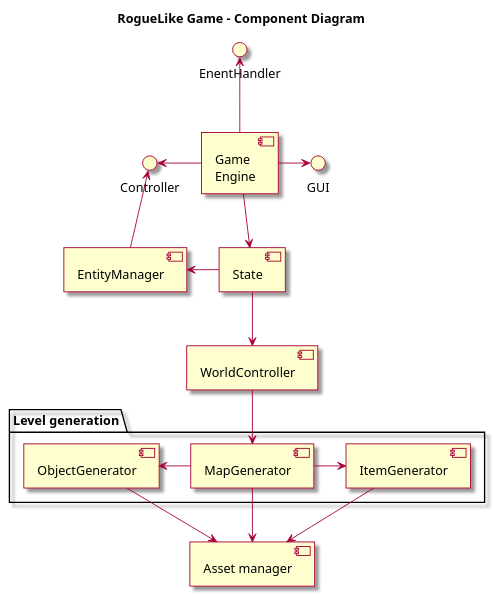
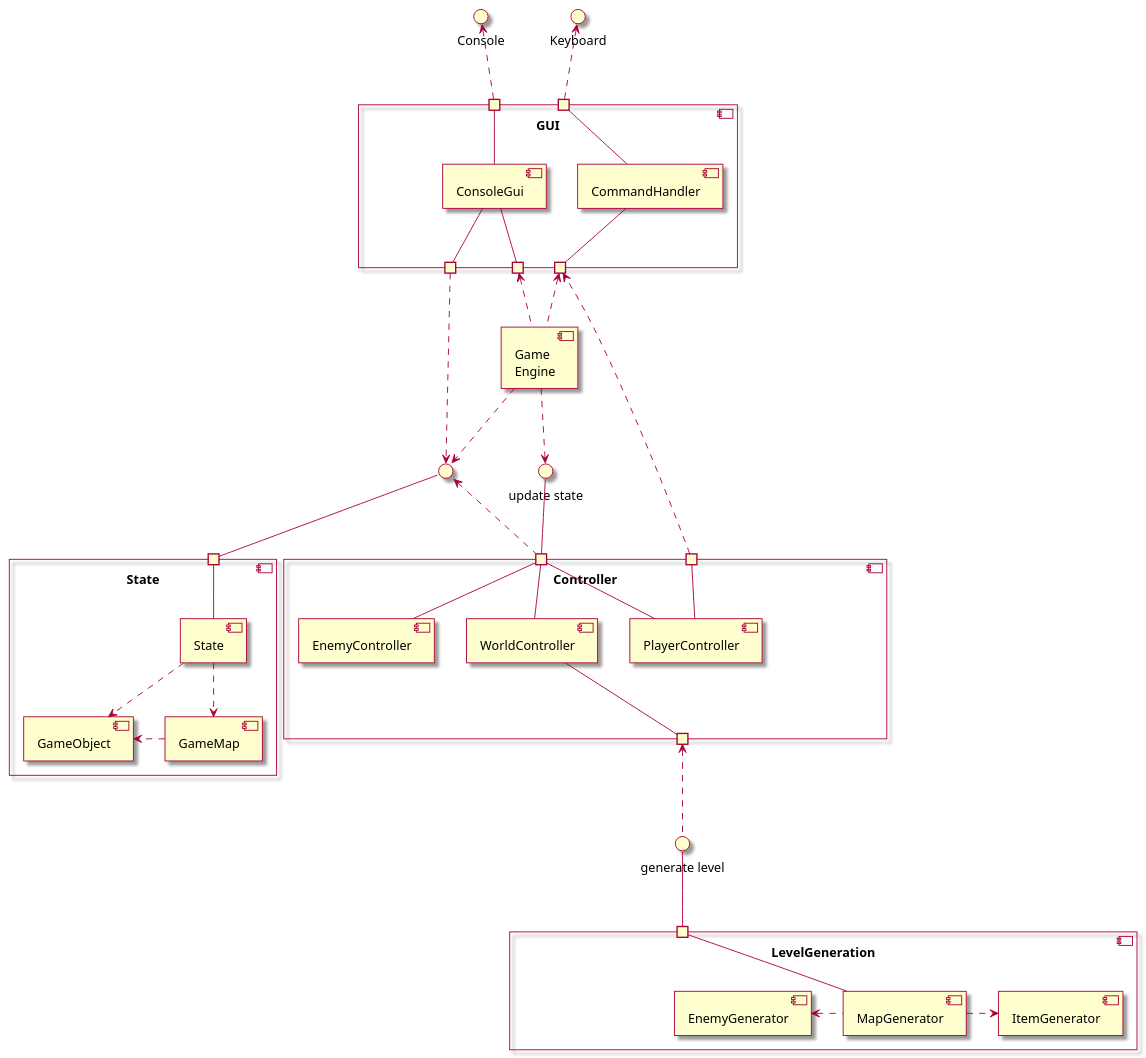
One commit to capitanFlint129/Rougelike changed the diagram in docs/components.puml. Above: the diagram before and after it, drawn with PlantUML. The commit also changed 7 other files, not shown here.

```diff
--- a/docs/components.puml
+++ b/docs/components.puml
@@ -1,35 +1,84 @@
 @startuml
 skin rose
 
-title RogueLike Game - Component Diagram
+'title RogueLike Game - Component Diagram
 /'
 Define components
 '/
 [Game\nEngine] as GE
-[State] as State
-[EntityManager] as EM
-[Asset manager] as AM
-package "Level generation" {
+
+component GUI {
+port " " as p_gui
+port " " as p_commands
+[ConsoleGui]
+[CommandHandler]
+
+portout " " as p_gui_out
+portout " " as p_commands_out
+portout " " as p_gui_state
+
+[ConsoleGui] - p_gui
+[ConsoleGui] - p_gui_state
+[ConsoleGui] - p_gui_out
+[CommandHandler] - p_commands
+[CommandHandler] - p_commands_out
+
+
+}
+
+
+component "Controller" as Controller {
+port " " as p_controller
+port " " as p_controller_player
+portout " " as p_controller_level_gen
+[PlayerController]
+[PlayerController] - p_controller_player
+[EnemyController]
+[WorldController]
+}
+
+component "State" as SF {
+port "  " as p_state
+[State]
+[GameMap]
+[GameObject]
+}
+component "LevelGeneration" as LG {
+    port " " as p_level_gen
   [MapGenerator] as MG
-  [ObjectGenerator] as OG
+  [EnemyGenerator] as OG
   [ItemGenerator] AS IG
 }
-[WorldController] as WC
 /'
 ===================================
 '/
-EnentHandler <-- GE
-Controller <-- EM
-Controller <- GE
-GE -> GUI
-GE --> State
-EM <- State 
+GE ..> " "
+p_gui_state ..> " "
+" " <.. p_controller
+p_gui_out <.. GE
+p_commands_out <.. GE
+"update state" -- p_controller
+GE ..> "update state"
+"generate level" -- p_level_gen
+p_controller_level_gen -- WorldController
+p_controller_level_gen <.. "generate level"
+State - p_state
+" " -- p_state
 
-State --> WC
-WC --> MG 
-MG --> AM
-OG --> AM
-IG --> AM
-OG <- MG
-MG -> IG
+[State] ..> [GameMap]
+[State] ..> [GameObject]
+[GameMap] .> [GameObject]
+
+[PlayerController] - p_controller
+[EnemyController] - p_controller
+[WorldController] - p_controller
+p_controller_player ..> p_commands_out
+
+
+MG - p_level_gen
+OG <. MG
+MG .> IG
+
+Console <.. p_gui
+Keyboard <.. p_commands
 @enduml
```
